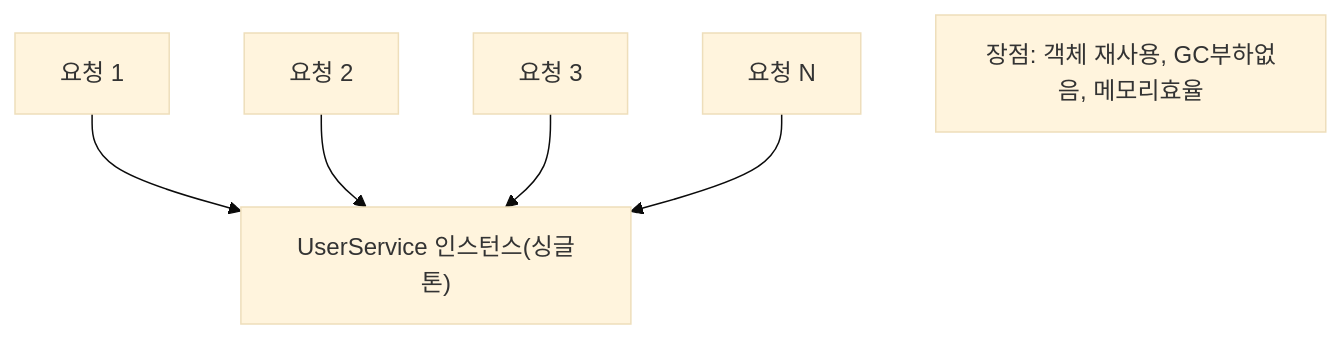
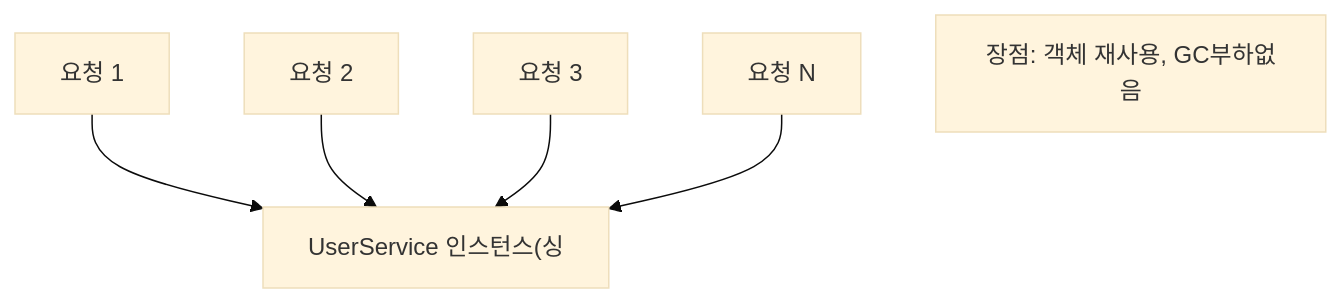
One commit to yjkim2015/yjkim2015.github.io changed the second of 6 diagrams in _posts/spring/2022-06-16-싱글톤 레지스트리와 오브젝트 스코프.md. Above: the diagram before and after it, drawn with Mermaid (base theme). The commit also changed other lines of this file and 271 other files, not shown here.

First line of the commit message:
Mermaid 라벨 축소: 긴 노드 텍스트 18자 이하로 트림 + \n 제거

````diff
--- a/_posts/spring/2022-06-16-싱글톤 레지스트리와 오브젝트 스코프.md
+++ b/_posts/spring/2022-06-16-싱글톤 레지스트리와 오브젝트 스코프.md
@@ -30,9 +30,9 @@
 ```mermaid
 graph TD
     REQ1["요청 1"] --> SINGLE
     REQ2["요청 2"] --> SINGLE
     REQ3["요청 3"] --> SINGLE
     REQ_N["요청 N"] --> SINGLE
-    SINGLE["UserService 인스턴스(싱글톤)"]
-    BENEFIT["장점: 객체 재사용, GC부하없음, 메모리효율"]
+    SINGLE["UserService 인스턴스(싱"]
+    BENEFIT["장점: 객체 재사용, GC부하없음"]
 ```
````
